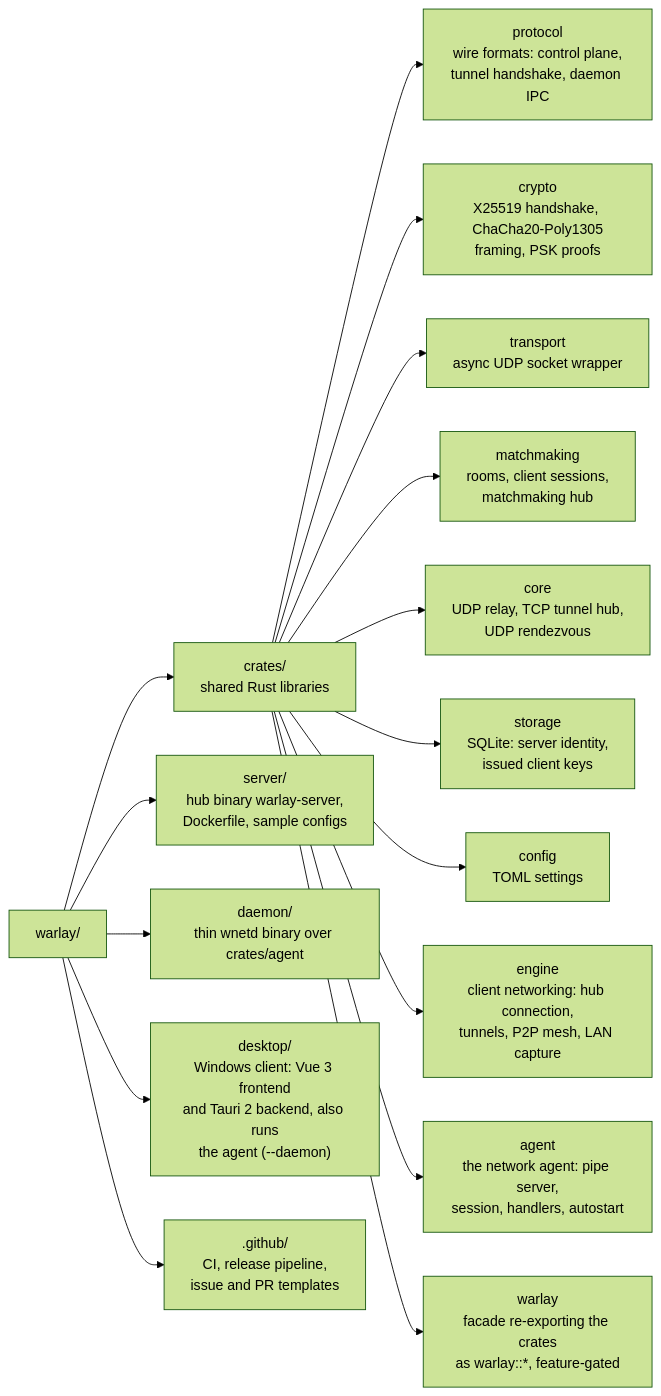
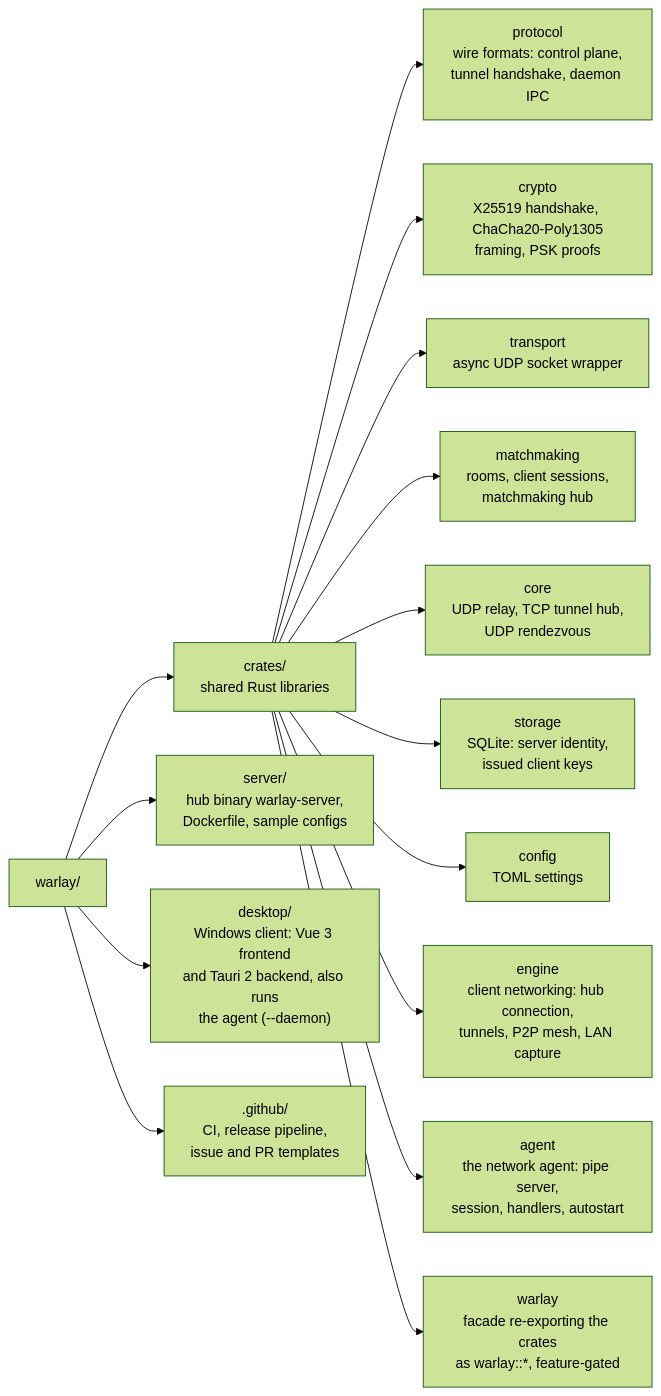
One commit to jhonsferg/warlay changed the second of 4 diagrams in README.md. Above: the diagram before and after it, drawn with Mermaid (forest theme). The commit also changed other lines of this file and 31 other files, not shown here.

````diff
--- a/README.md
+++ b/README.md
@@ -171,21 +171,20 @@
 ```mermaid
 flowchart LR
     root["warlay/"]
 
     root --> crates["crates/<br/>shared Rust libraries"]
     crates --> protocol["protocol<br/>wire formats: control plane,<br/>tunnel handshake, daemon IPC"]
     crates --> crypto["crypto<br/>X25519 handshake, ChaCha20-Poly1305<br/>framing, PSK proofs"]
     crates --> transport["transport<br/>async UDP socket wrapper"]
     crates --> matchmaking["matchmaking<br/>rooms, client sessions,<br/>matchmaking hub"]
     crates --> core["core<br/>UDP relay, TCP tunnel hub,<br/>UDP rendezvous"]
     crates --> storage["storage<br/>SQLite: server identity,<br/>issued client keys"]
     crates --> config["config<br/>TOML settings"]
     crates --> engine["engine<br/>client networking: hub connection,<br/>tunnels, P2P mesh, LAN capture"]
     crates --> agent["agent<br/>the network agent: pipe server,<br/>session, handlers, autostart"]
     crates --> facade["warlay<br/>facade re-exporting the crates<br/>as warlay::*, feature-gated"]
 
     root --> server["server/<br/>hub binary warlay-server,<br/>Dockerfile, sample configs"]
-    root --> daemon["daemon/<br/>thin wnetd binary over crates/agent"]
     root --> desktop["desktop/<br/>Windows client: Vue 3 frontend<br/>and Tauri 2 backend, also runs<br/>the agent (--daemon)"]
     root --> github[".github/<br/>CI, release pipeline,<br/>issue and PR templates"]
 ```
````
